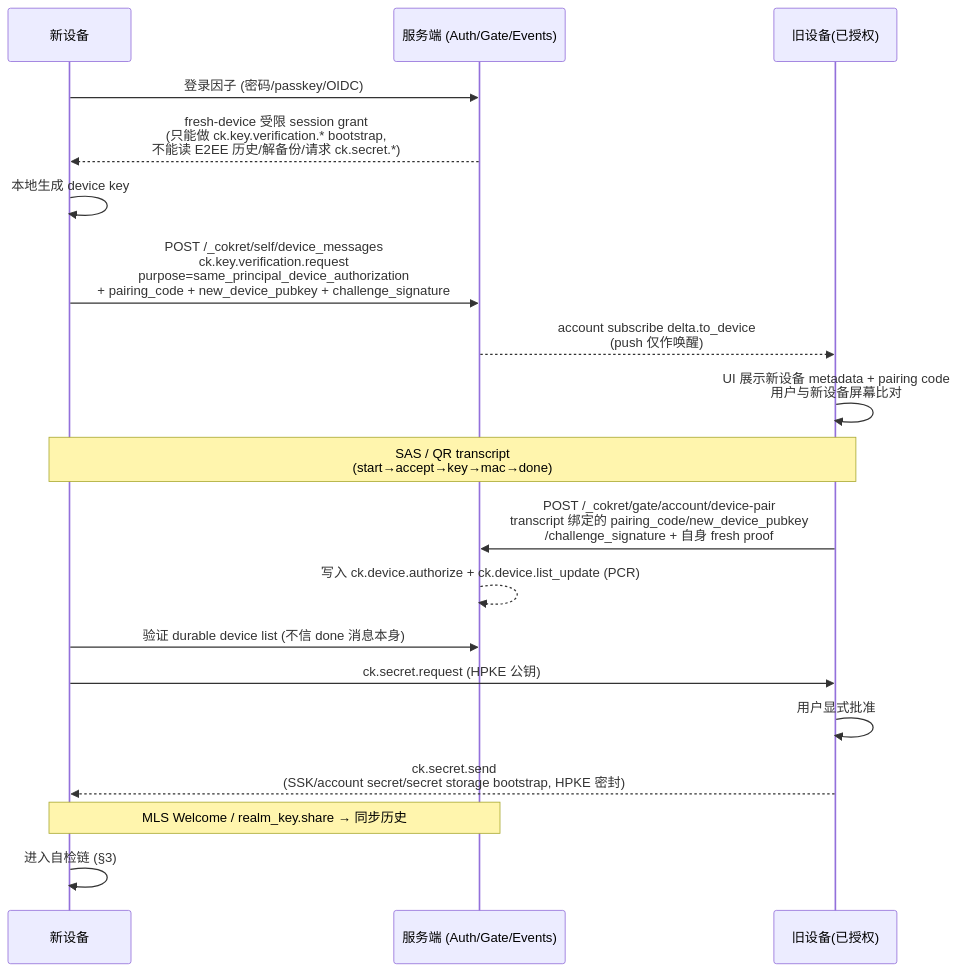
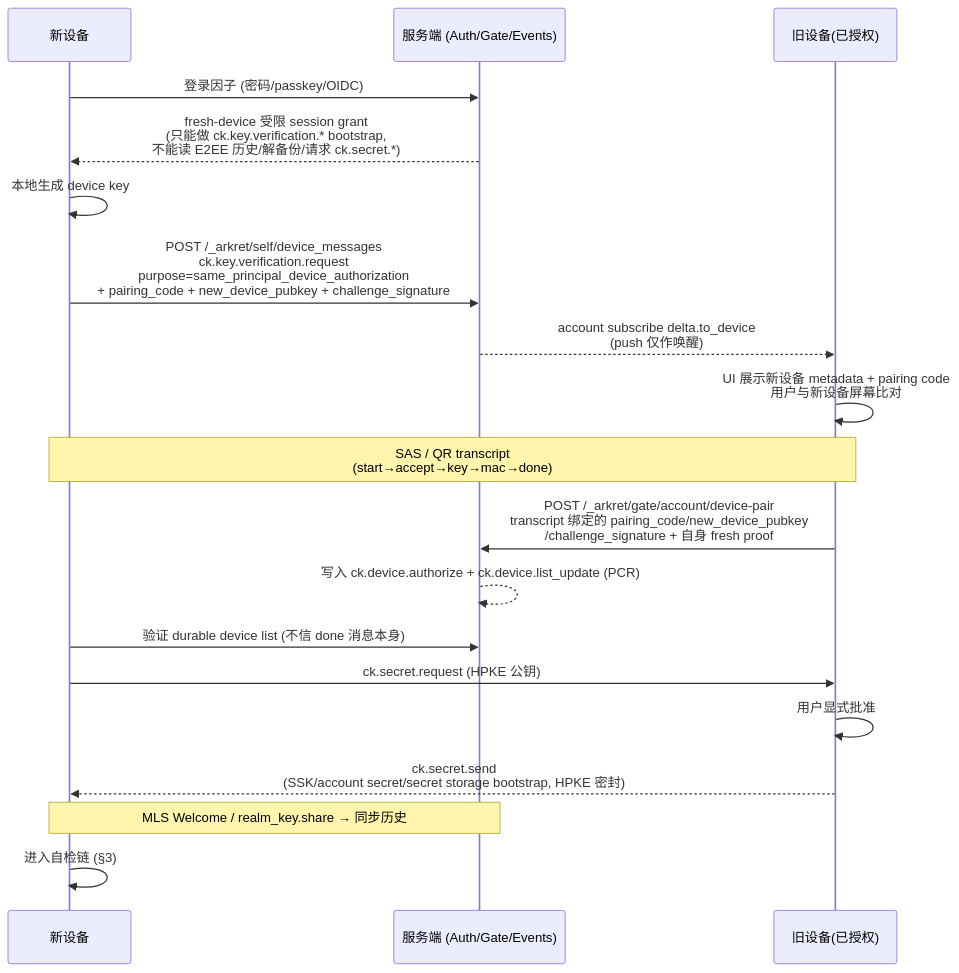
Before and after one commit to arkret-org/inkson: the third of 5 diagrams in docs/user-strands-key-lifecycle.md, drawn with Mermaid. The commit also changed other lines of this file and 240 other files, not shown here.

Commit message:
rename cokret -> arkret

````diff
--- a/docs/user-strands-key-lifecycle.md
+++ b/docs/user-strands-key-lifecycle.md
@@ -126,22 +126,22 @@
 ```mermaid
 sequenceDiagram
     participant N as 新设备
     participant S as 服务端 (Auth/Gate/Events)
     participant O as 旧设备(已授权)
 
     N->>S: 登录因子 (密码/passkey/OIDC)
     S-->>N: fresh-device 受限 session grant<br/>(只能做 ck.key.verification.* bootstrap,<br/>不能读 E2EE 历史/解备份/请求 ck.secret.*)
     N->>N: 本地生成 device key
-    N->>S: POST /_cokret/self/device_messages<br/>ck.key.verification.request<br/>purpose=same_principal_device_authorization<br/>+ pairing_code + new_device_pubkey + challenge_signature
+    N->>S: POST /_arkret/self/device_messages<br/>ck.key.verification.request<br/>purpose=same_principal_device_authorization<br/>+ pairing_code + new_device_pubkey + challenge_signature
     S-->>O: account subscribe delta.to_device<br/>(push 仅作唤醒)
     O->>O: UI 展示新设备 metadata + pairing code<br/>用户与新设备屏幕比对
     Note over N,O: SAS / QR transcript<br/>(start→accept→key→mac→done)
-    O->>S: POST /_cokret/gate/account/device-pair<br/>transcript 绑定的 pairing_code/new_device_pubkey<br/>/challenge_signature + 自身 fresh proof
+    O->>S: POST /_arkret/gate/account/device-pair<br/>transcript 绑定的 pairing_code/new_device_pubkey<br/>/challenge_signature + 自身 fresh proof
     S-->>S: 写入 ck.device.authorize + ck.device.list_update (PCR)
     N->>S: 验证 durable device list (不信 done 消息本身)
     N->>O: ck.secret.request (HPKE 公钥)
     O->>O: 用户显式批准
     O-->>N: ck.secret.send<br/>(SSK/account secret/secret storage bootstrap, HPKE 密封)
     Note over N,S: MLS Welcome / realm_key.share → 同步历史
     N->>N: 进入自检链 (§3)
 ```
````
